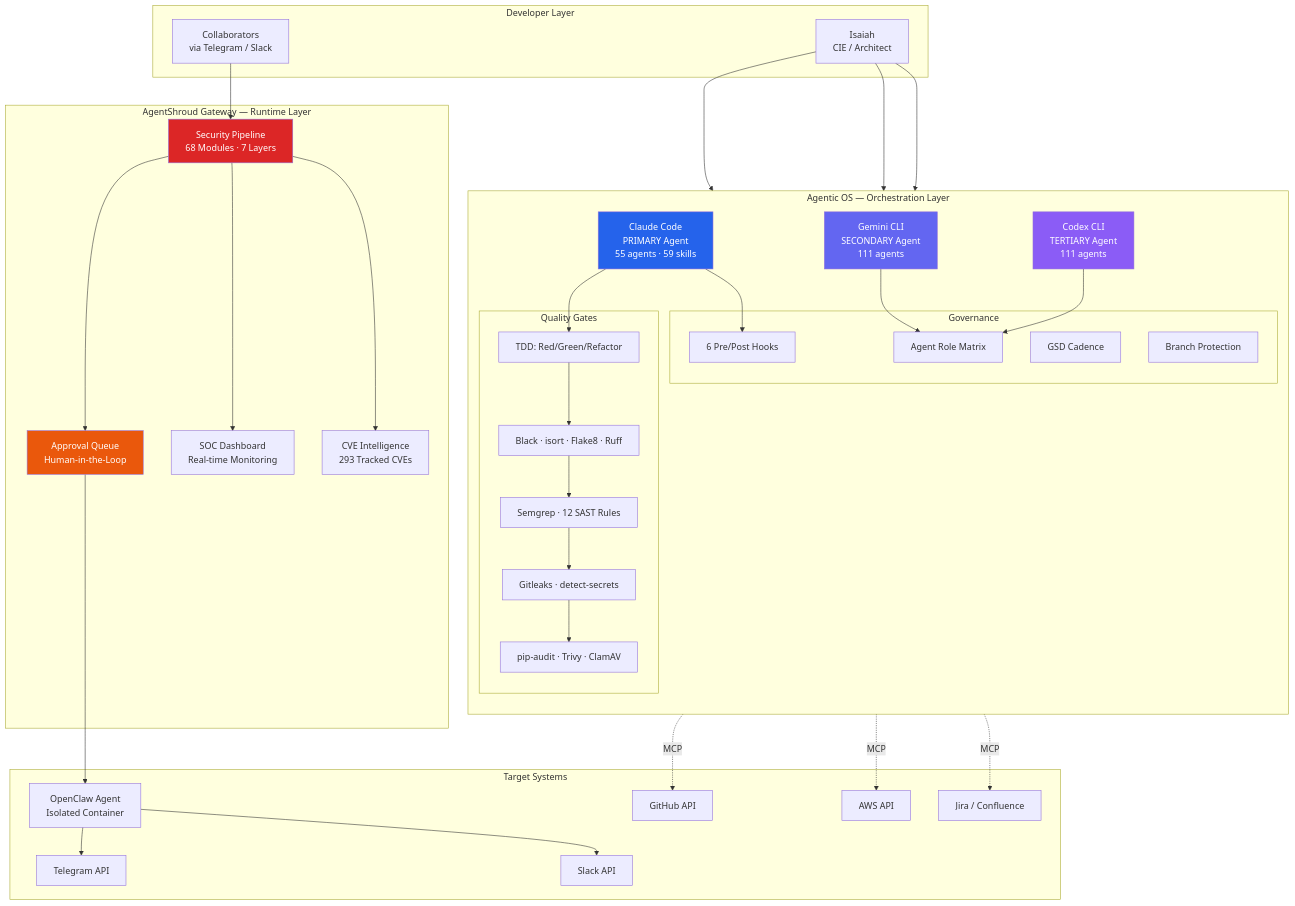
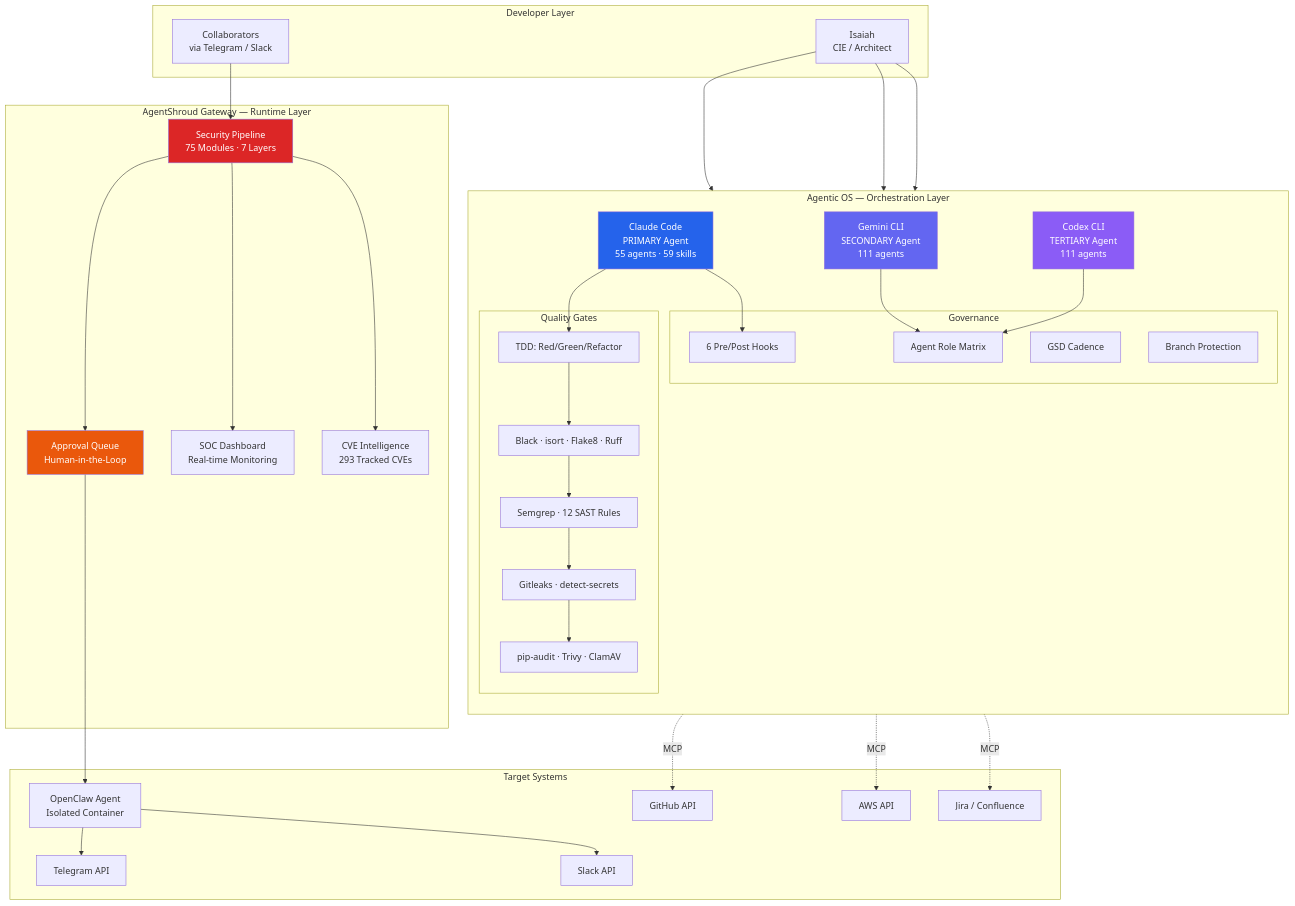
The first of 11 diagrams in docs/architecture/agentic-os.md (idallasjlabs/agentshroud), drawn with Mermaid before and after one commit. The commit also changed other lines of this file and 23 other files, not shown here.

````diff
--- a/docs/architecture/agentic-os.md
+++ b/docs/architecture/agentic-os.md
@@ -40,74 +40,74 @@
 ```mermaid
 graph TB
     subgraph "Developer Layer"
         IJ[Isaiah<br/>CIE / Architect]
         COLLAB[Collaborators<br/>via Telegram / Slack]
     end
 
     subgraph "Agentic OS — Orchestration Layer"
         direction TB
         CC[Claude Code<br/>PRIMARY Agent<br/>55 agents · 59 skills]
         GC[Gemini CLI<br/>SECONDARY Agent<br/>111 agents]
         CX[Codex CLI<br/>TERTIARY Agent<br/>111 agents]
 
         subgraph "Governance"
             HOOKS[6 Pre/Post Hooks]
             GSD[GSD Cadence]
             ROLES[Agent Role Matrix]
             BP[Branch Protection]
         end
 
         subgraph "Quality Gates"
             TDD[TDD: Red/Green/Refactor]
             LINT[Black · isort · Flake8 · Ruff]
             SAST[Semgrep · 12 SAST Rules]
             SEC[Gitleaks · detect-secrets]
             AUDIT[pip-audit · Trivy · ClamAV]
         end
     end
 
     subgraph "AgentShroud Gateway — Runtime Layer"
-        PIPE[Security Pipeline<br/>68 Modules · 7 Layers]
+        PIPE[Security Pipeline<br/>75 Modules · 7 Layers]
         AQ[Approval Queue<br/>Human-in-the-Loop]
         SOC[SOC Dashboard<br/>Real-time Monitoring]
         CVE[CVE Intelligence<br/>293 Tracked CVEs]
     end
 
     subgraph "Target Systems"
         BOT[OpenClaw Agent<br/>Isolated Container]
         TG[Telegram API]
         SL[Slack API]
         GH[GitHub API]
         AWS[AWS API]
         JIRA[Jira / Confluence]
     end
 
     IJ --> CC
     IJ --> GC
     IJ --> CX
     COLLAB --> PIPE
 
     CC --> HOOKS
     CC --> TDD
     GC --> ROLES
     CX --> ROLES
 
     TDD --> LINT --> SAST --> SEC --> AUDIT
 
     PIPE --> AQ
     AQ --> BOT
     BOT --> TG
     BOT --> SL
     PIPE --> SOC
     PIPE --> CVE
 
     CC -.->|MCP| GH
     CC -.->|MCP| JIRA
     CC -.->|MCP| AWS
 
     style CC fill:#2563eb,color:#fff
     style GC fill:#6366f1,color:#fff
     style CX fill:#8b5cf6,color:#fff
     style PIPE fill:#dc2626,color:#fff
     style AQ fill:#ea580c,color:#fff
 ```
````
